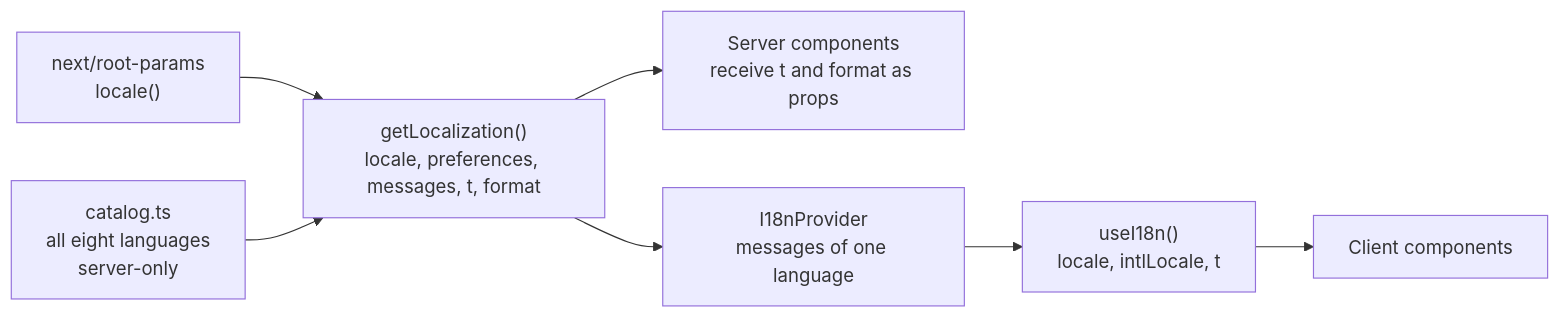
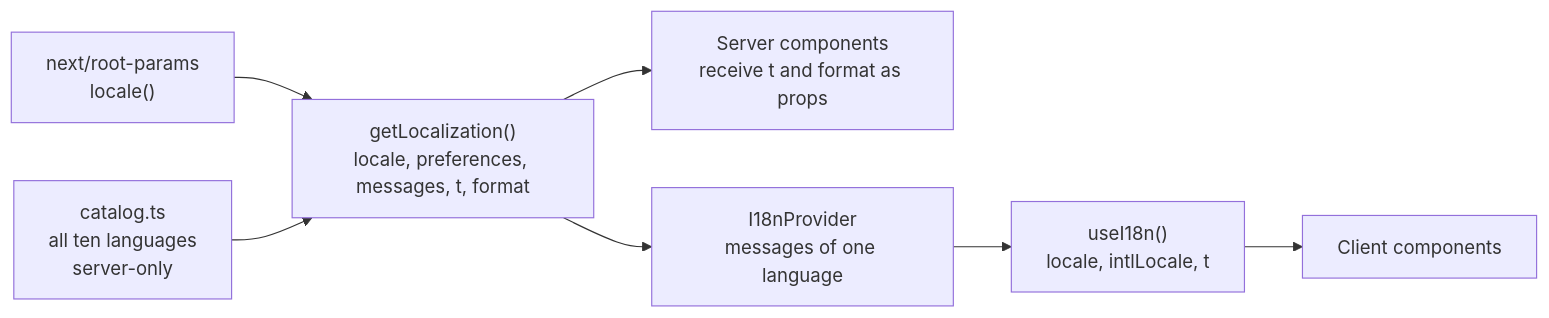
Before and after one commit to sacrificed666/next-weather-app: the second of 2 diagrams in docs/i18n.md, drawn with Mermaid. The commit also changed other lines of this file and 143 other files, not shown here.

````diff
--- a/docs/i18n.md
+++ b/docs/i18n.md
@@ -48,9 +48,9 @@
 ```mermaid
 flowchart LR
   Root["next/root-params<br/>locale()"] --> Localization
-  Catalog["catalog.ts<br/>all eight languages<br/>server-only"] --> Localization["getLocalization()<br/>locale, preferences, messages, t, format"]
+  Catalog["catalog.ts<br/>all ten languages<br/>server-only"] --> Localization["getLocalization()<br/>locale, preferences, messages, t, format"]
   Localization --> ServerComponents[Server components<br/>receive t and format as props]
   Localization --> Provider["I18nProvider<br/>messages of one language"]
   Provider --> Hook["useI18n()<br/>locale, intlLocale, t"]
   Hook --> ClientComponents[Client components]
 ```
````
